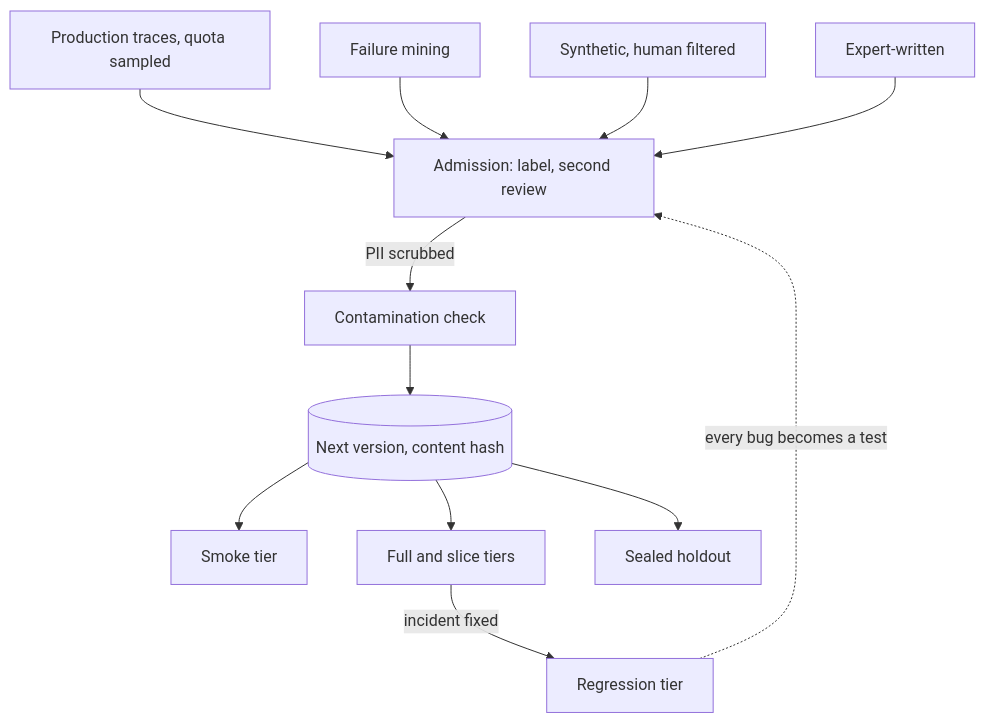
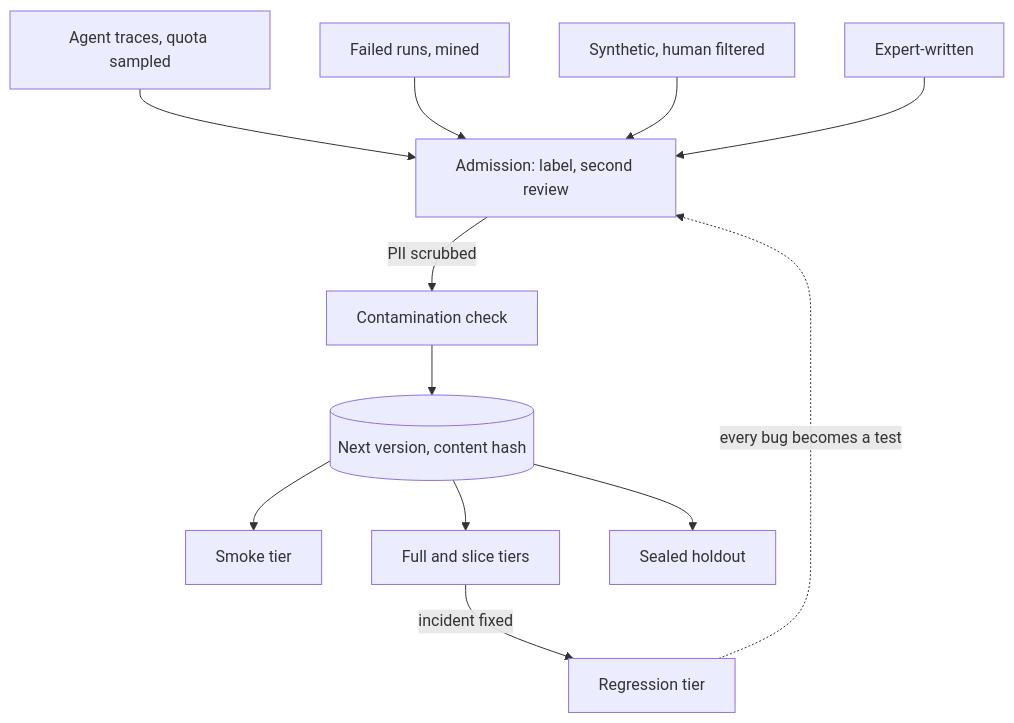
The diagram in content/llmops-platform/golden-dataset-strategy.md (lovishmahajan97/agentic-learning), drawn with Mermaid before and after one commit. The commit also changed other lines of this file and 454 other files, not shown here.

````diff
--- a/content/llmops-platform/golden-dataset-strategy.md
+++ b/content/llmops-platform/golden-dataset-strategy.md
@@ -144,14 +170,14 @@
 ```mermaid
 flowchart TD
-    PT["Production traces, quota sampled"] --> AD["Admission: label, second review"]
-    FM["Failure mining"] --> AD
+    PT["Agent traces, quota sampled"] --> AD["Admission: label, second review"]
+    FM["Failed runs, mined"] --> AD
     SY["Synthetic, human filtered"] --> AD
     EX["Expert-written"] --> AD
     AD -->|"PII scrubbed"| CC["Contamination check"]
     CC --> V[("Next version, content hash")]
     V --> SM["Smoke tier"]
     V --> FU["Full and slice tiers"]
     V --> HO["Sealed holdout"]
     FU -->|"incident fixed"| RG["Regression tier"]
     RG -.->|"every bug becomes a test"| AD
 ```
````
